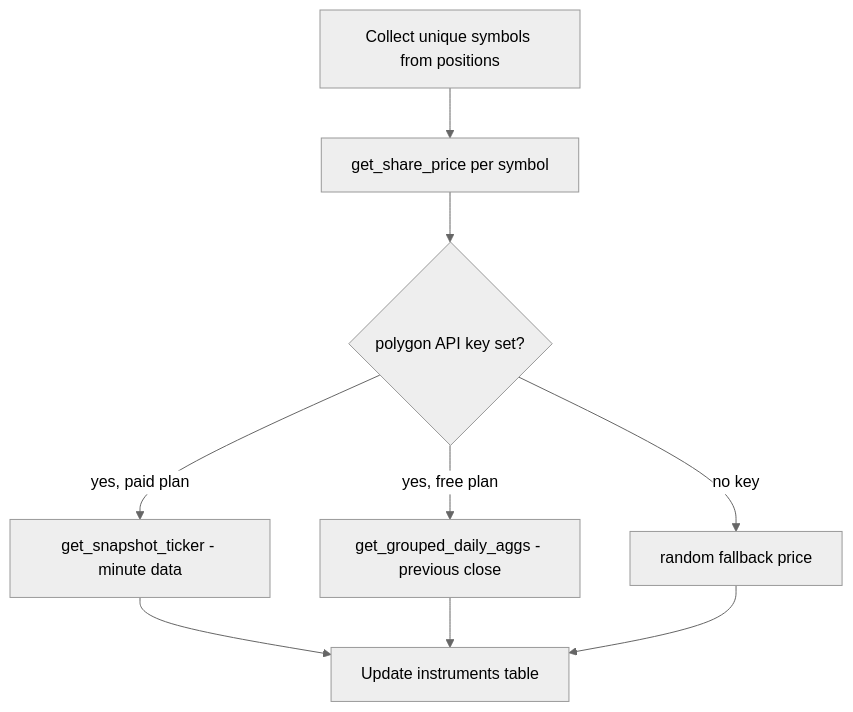
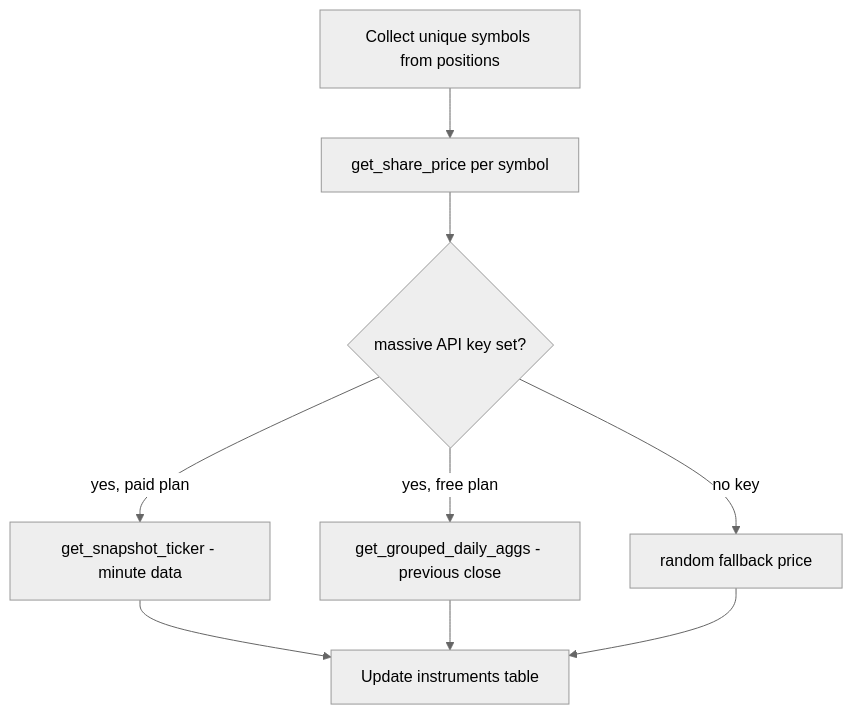
The fifth of 8 diagrams in docs/agents/planner-agent-explainer.md (shaynemeyer/alex), drawn with Mermaid (neutral theme) before and after one commit. The commit also changed other lines of this file and 11 other files, not shown here.

Commit message:
updated references from polygon.io to massive.com

````diff
--- a/docs/agents/planner-agent-explainer.md
+++ b/docs/agents/planner-agent-explainer.md
@@ -102,11 +102,11 @@
 ```mermaid
 flowchart TD
     SYMS[Collect unique symbols from positions] --> FETCH[get_share_price per symbol]
-    FETCH --> POLY{polygon API key set?}
+    FETCH --> POLY{massive API key set?}
     POLY -->|yes, paid plan| MIN[get_snapshot_ticker - minute data]
     POLY -->|yes, free plan| EOD[get_grouped_daily_aggs - previous close]
     POLY -->|no key| RAND[random fallback price]
     MIN --> UPD[Update instruments table]
     EOD --> UPD
     RAND --> UPD
 ```
````
